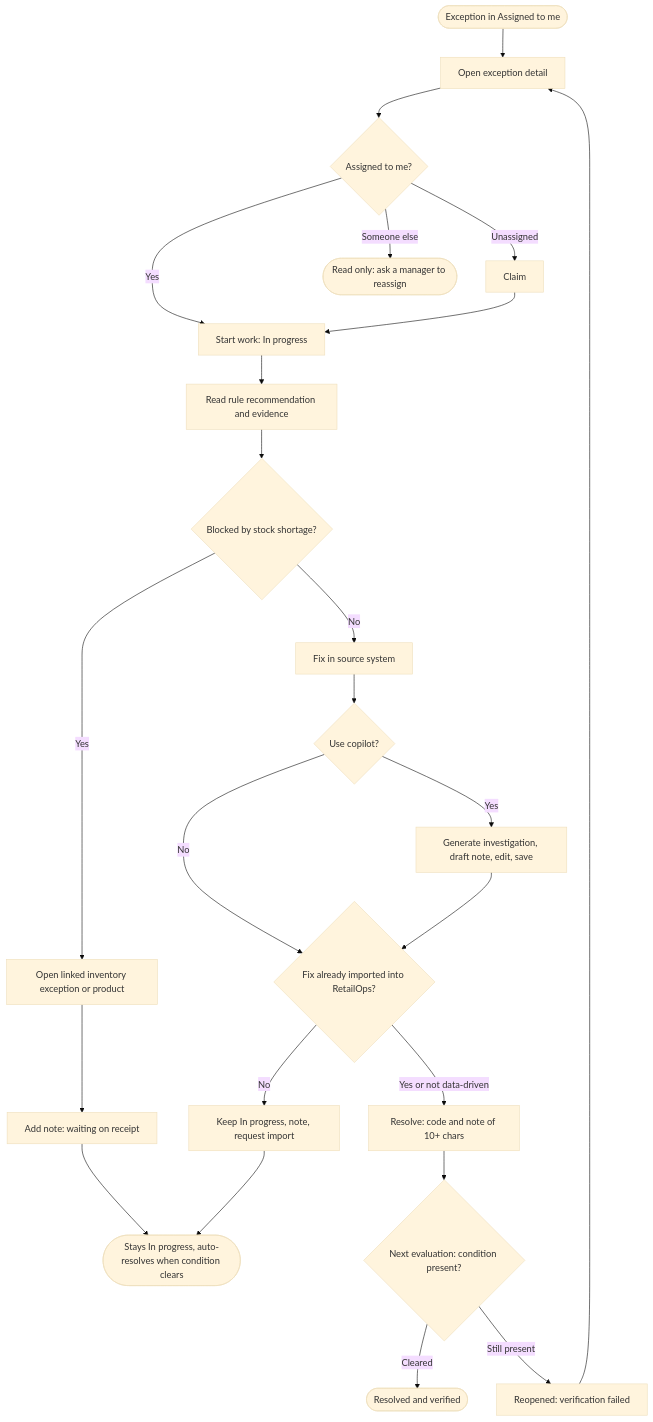
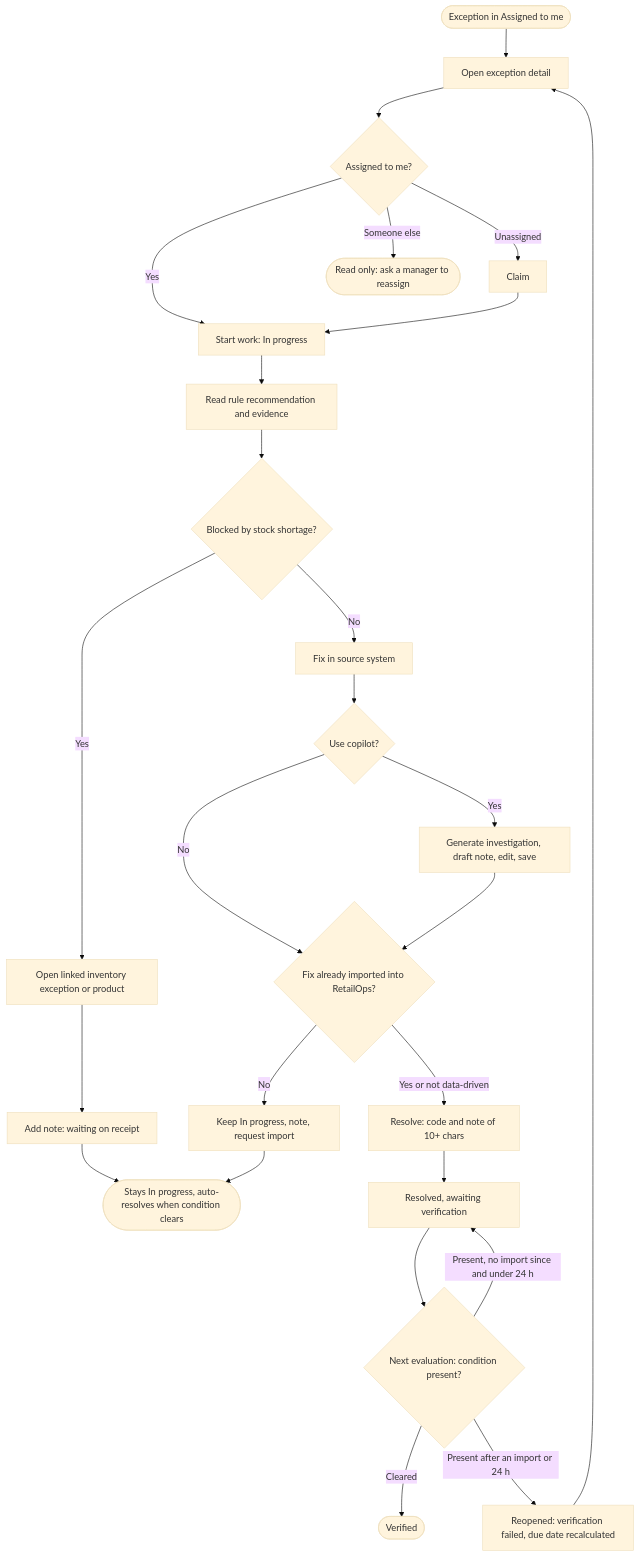
Before and after one commit to tinhne/retailops-intelligence: the second of 6 diagrams in docs/design/USER_FLOWS.md, drawn with Mermaid (base theme). The commit also changed other lines of this file and 5 other files, not shown here.

````diff
--- a/docs/design/USER_FLOWS.md
+++ b/docs/design/USER_FLOWS.md
@@ -118,26 +118,28 @@
 ```mermaid
 flowchart TD
     A(["Exception in Assigned to me"]) --> B["Open exception detail"]
     B --> D1{"Assigned to me?"}
     D1 -->|"Unassigned"| CL["Claim"]
     D1 -->|"Someone else"| RO(["Read only: ask a manager to reassign"])
     D1 -->|"Yes"| ST["Start work: In progress"]
     CL --> ST
     ST --> EV["Read rule recommendation and evidence"]
     EV --> D2{"Blocked by stock shortage?"}
     D2 -->|"Yes"| LK["Open linked inventory exception or product"]
     LK --> NT["Add note: waiting on receipt"]
     NT --> W(["Stays In progress, auto-resolves when condition clears"])
     D2 -->|"No"| FX["Fix in source system"]
     FX --> AI{"Use copilot?"}
     AI -->|"Yes"| GEN["Generate investigation, draft note, edit, save"]
     AI -->|"No"| D3
     GEN --> D3{"Fix already imported into RetailOps?"}
     D3 -->|"No"| WAIT["Keep In progress, note, request import"]
     WAIT --> W
     D3 -->|"Yes or not data-driven"| RS["Resolve: code and note of 10+ chars"]
-    RS --> V{"Next evaluation: condition present?"}
-    V -->|"Cleared"| OK(["Resolved and verified"])
-    V -->|"Still present"| RE["Reopened: verification failed"]
+    RS --> AW["Resolved, awaiting verification"]
+    AW --> V{"Next evaluation: condition present?"}
+    V -->|"Cleared"| OK(["Verified"])
+    V -->|"Present, no import since and under 24 h"| AW
+    V -->|"Present after an import or 24 h"| RE["Reopened: verification failed, due date recalculated"]
     RE --> B
 ```
````
